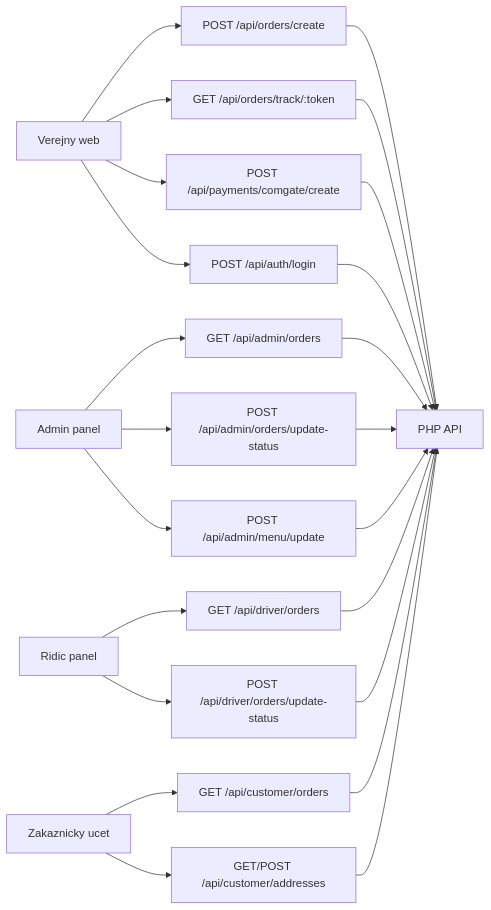
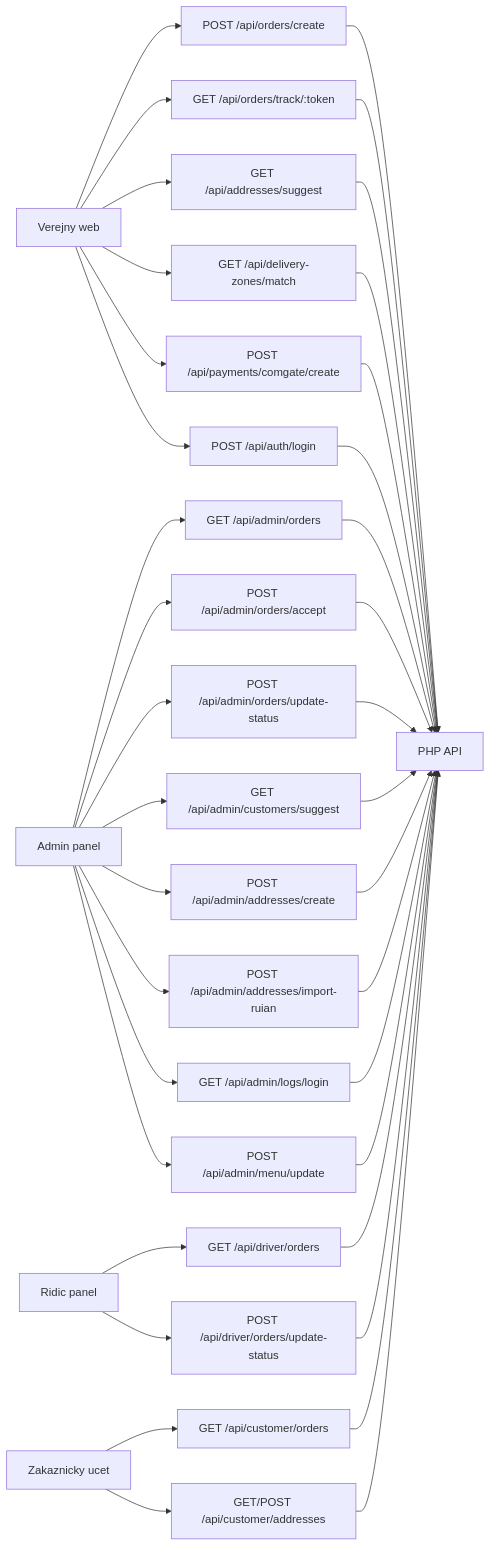
Before and after one commit to Poracanin/pizza-bellizzi: diagram 17 of 18 in ARCHITEKTURA.md, drawn with Mermaid. The commit also changed other lines of this file and 3 other files, not shown here.

````diff
--- a/ARCHITEKTURA.md
+++ b/ARCHITEKTURA.md
@@ -383,35 +756,49 @@
 ```mermaid
 flowchart LR
   web[Verejny web]
   admin[Admin panel]
   driver[Ridic panel]
   customer[Zakaznicky ucet]
   api[PHP API]
 
   web --> createOrder[POST /api/orders/create]
   web --> trackOrder[GET /api/orders/track/:token]
+  web --> addressSuggest[GET /api/addresses/suggest]
+  web --> zones[GET /api/delivery-zones/match]
   web --> createPayment[POST /api/payments/comgate/create]
   web --> customerLogin[POST /api/auth/login]
 
   admin --> adminOrders[GET /api/admin/orders]
+  admin --> acceptOrder[POST /api/admin/orders/accept]
   admin --> updateOrder[POST /api/admin/orders/update-status]
+  admin --> customerSuggest[GET /api/admin/customers/suggest]
+  admin --> addressCreate[POST /api/admin/addresses/create]
+  admin --> addressImport[POST /api/admin/addresses/import-ruian]
+  admin --> loginLogs[GET /api/admin/logs/login]
   admin --> menuEdit[POST /api/admin/menu/update]
 
   driver --> driverOrders[GET /api/driver/orders]
   driver --> driverStatus[POST /api/driver/orders/update-status]
 
   customer --> myOrders[GET /api/customer/orders]
   customer --> addresses[GET/POST /api/customer/addresses]
 
   createOrder --> api
   trackOrder --> api
+  addressSuggest --> api
+  zones --> api
   createPayment --> api
   customerLogin --> api
   adminOrders --> api
+  acceptOrder --> api
   updateOrder --> api
+  customerSuggest --> api
+  addressCreate --> api
+  addressImport --> api
+  loginLogs --> api
   menuEdit --> api
   driverOrders --> api
   driverStatus --> api
   myOrders --> api
   addresses --> api
 ```
````
